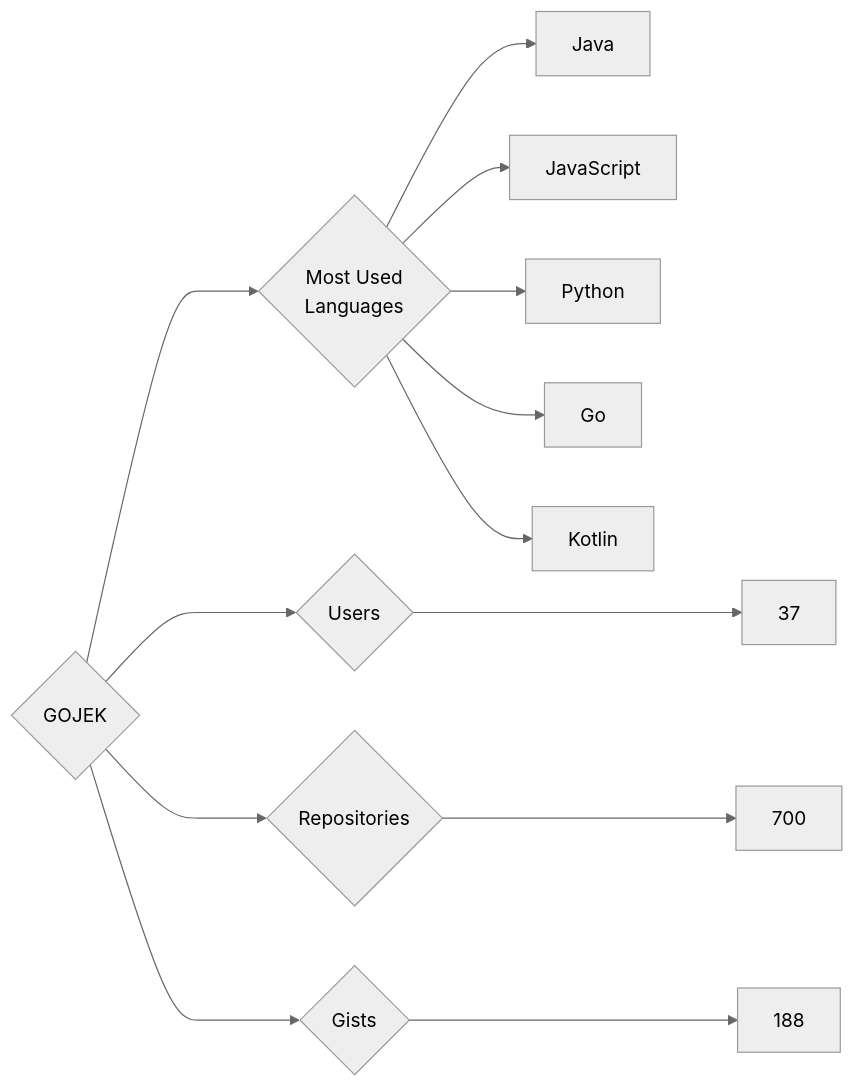
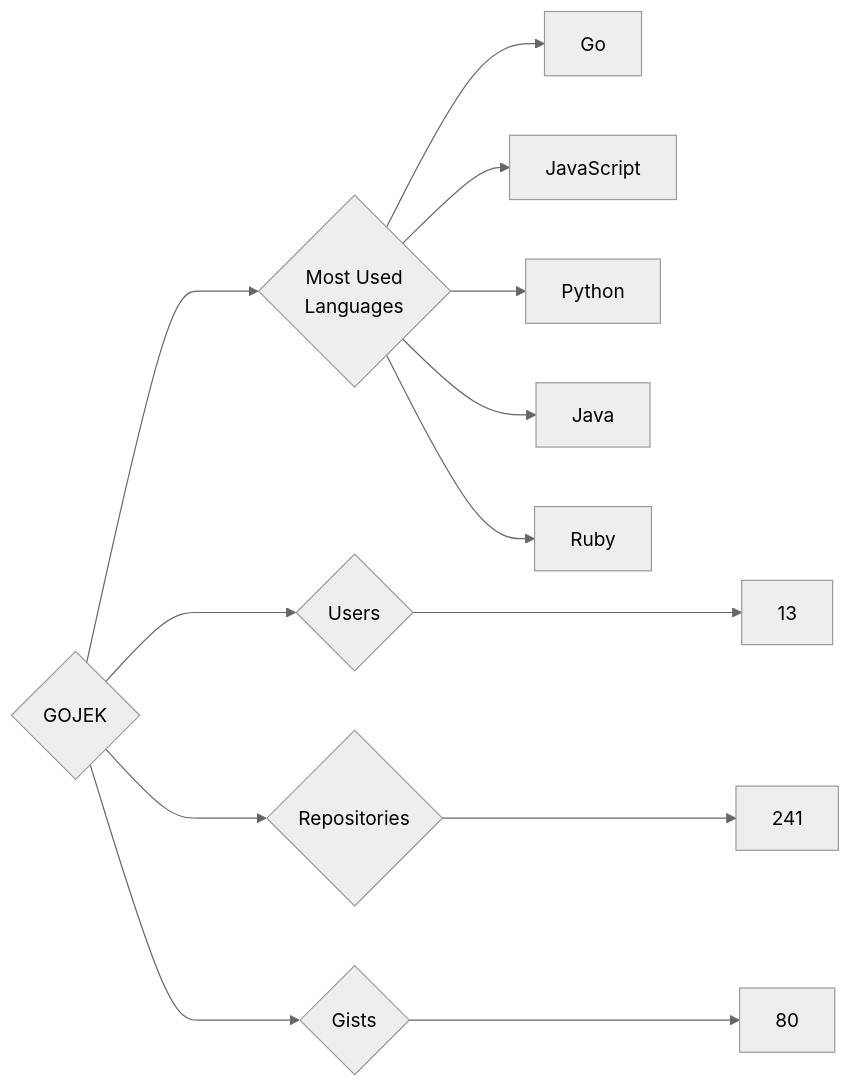
Before and after one commit to trickest/insiders: the diagram in targets/GOJEK/README.md, drawn with Mermaid (neutral theme). The commit also changed 809 other files, not shown here.

````diff
--- a/targets/GOJEK/README.md
+++ b/targets/GOJEK/README.md
@@ -3,13 +3,13 @@
 ```mermaid
 graph LR
 COMPANY_NAME{GOJEK}
-COMPANY_NAME ---> U{Users} ---> UN[37]
-COMPANY_NAME ---> R{Repositories} ---> RN[700]
-COMPANY_NAME ---> G{Gists} ---> GN[188]
+COMPANY_NAME ---> U{Users} ---> UN[13]
+COMPANY_NAME ---> R{Repositories} ---> RN[241]
+COMPANY_NAME ---> G{Gists} ---> GN[80]
 COMPANY_NAME ---> ML{Most Used<br>Languages}
-ML --> Java[Java]
+ML --> Go[Go]
 ML --> JavaScript[JavaScript]
 ML --> Python[Python]
-ML --> Go[Go]
-ML --> Kotlin[Kotlin]
+ML --> Java[Java]
+ML --> Ruby[Ruby]
 ```
````
